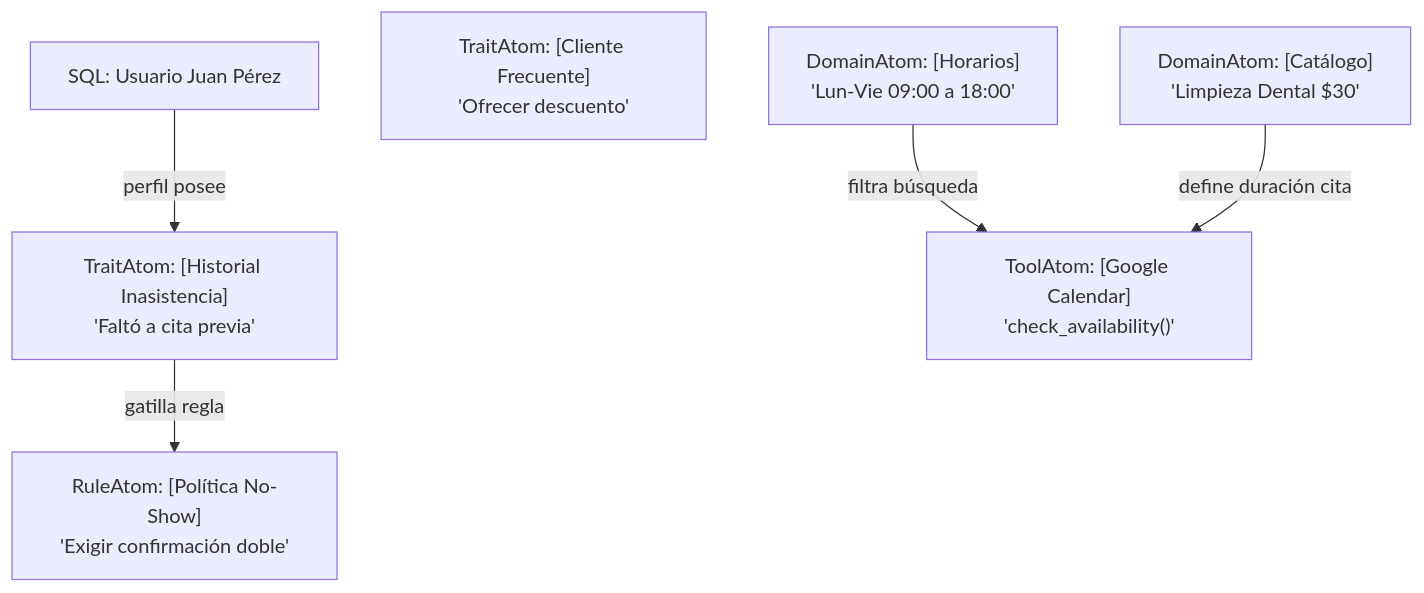
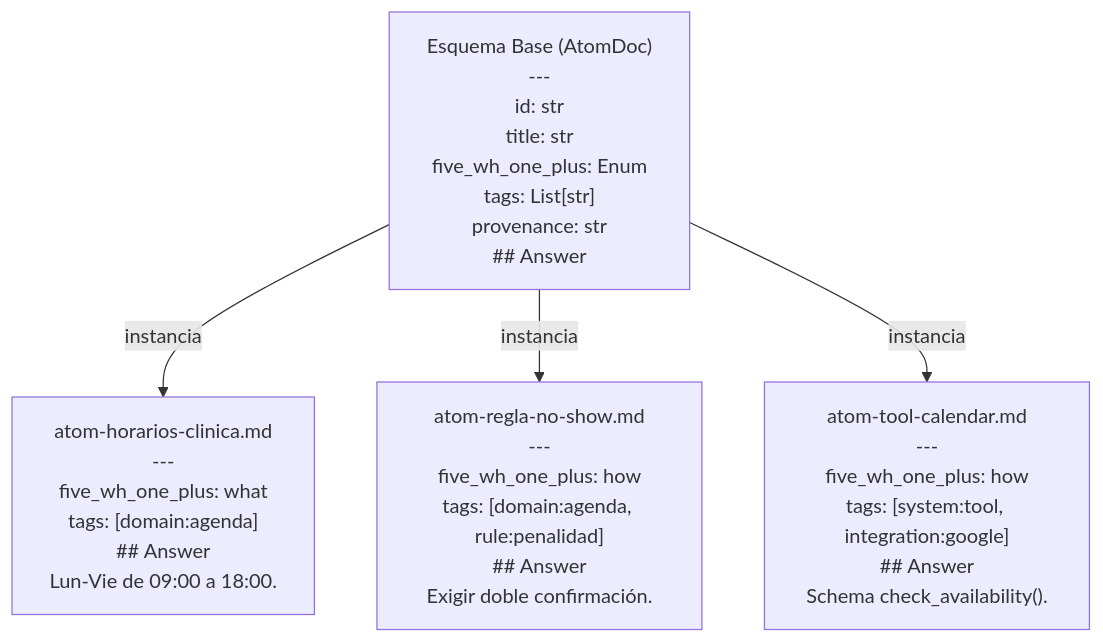
One commit to jpcosec/conversational-agent-arch changed the diagram in desk/spec2viz/build/component.example-kb-scheduling.mmd. Above: the diagram before and after it, drawn with Mermaid. The commit also changed 4 other files, not shown here.

Commit message:
docs: exact atom structure and complex activity flow for scheduling example

```diff
--- a/desk/spec2viz/build/component.example-kb-scheduling.mmd
+++ b/desk/spec2viz/build/component.example-kb-scheduling.mmd
@@ -1,18 +1,30 @@
 graph TD
-    user_juan["SQL: Usuario Juan Pérez"]
-    trait_no_show["TraitAtom: [Historial Inasistencia]
-'Faltó a cita previa'"]
-    trait_vip["TraitAtom: [Cliente Frecuente]
-'Ofrecer descuento'"]
-    domain_horario["DomainAtom: [Horarios]
-'Lun-Vie 09:00 a 18:00'"]
-    domain_servicios["DomainAtom: [Catálogo]
-'Limpieza Dental $30'"]
-    rule_confirmacion["RuleAtom: [Política No-Show]
-'Exigir confirmación doble'"]
-    tool_calendar["ToolAtom: [Google Calendar]
-'check_availability()'"]
-    user_juan -->|"perfil posee"| trait_no_show
-    trait_no_show -->|"gatilla regla"| rule_confirmacion
-    domain_horario -->|"filtra búsqueda"| tool_calendar
-    domain_servicios -->|"define duración cita"| tool_calendar
+    atom_schema["Esquema Base (AtomDoc)
+---
+id: str
+title: str
+five_wh_one_plus: Enum
+tags: List[str]
+provenance: str
+## Answer"]
+    atom_horario["atom-horarios-clinica.md
+---
+five_wh_one_plus: what
+tags: [domain:agenda]
+## Answer
+Lun-Vie de 09:00 a 18:00."]
+    atom_regla["atom-regla-no-show.md
+---
+five_wh_one_plus: how
+tags: [domain:agenda, rule:penalidad]
+## Answer
+Exigir doble confirmación."]
+    atom_tool["atom-tool-calendar.md
+---
+five_wh_one_plus: how
+tags: [system:tool, integration:google]
+## Answer
+Schema check_availability()."]
+    atom_schema -->|"instancia"| atom_horario
+    atom_schema -->|"instancia"| atom_regla
+    atom_schema -->|"instancia"| atom_tool
```
